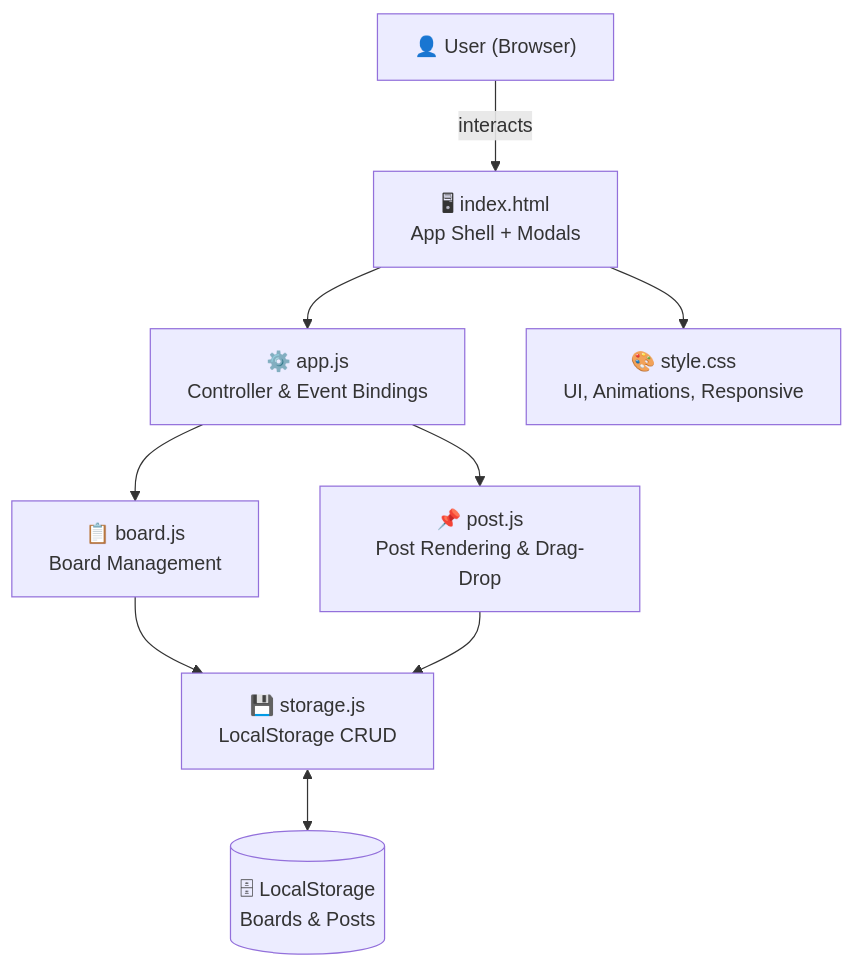
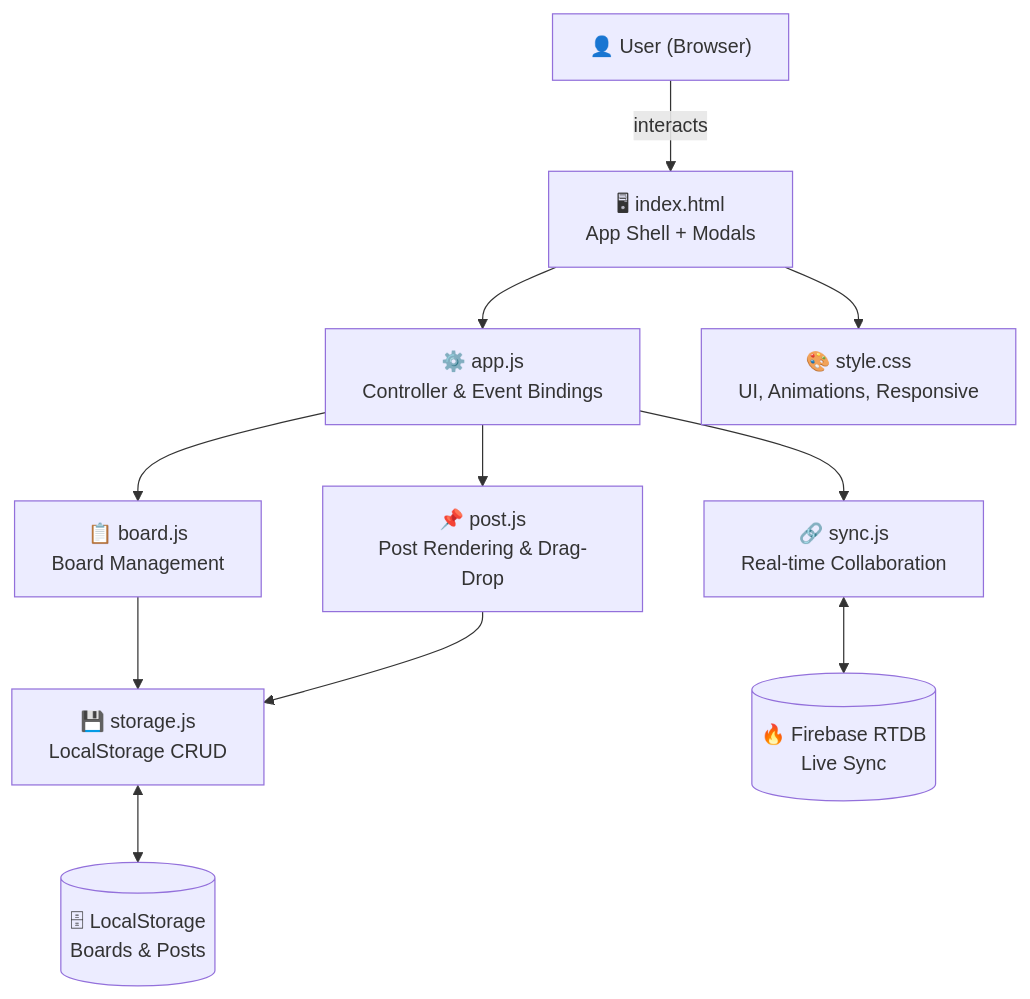
One commit to alfredang/pinboard changed the diagram in README.md. Above: the diagram before and after it, drawn with Mermaid. The commit also changed other lines of this file and 11 other files, not shown here.

````diff
--- a/README.md
+++ b/README.md
@@ -75,20 +76,24 @@
 ```mermaid
 graph TB
     User["👤 User (Browser)"]
     UI["🖥 index.html<br/>App Shell + Modals"]
     App["⚙️ app.js<br/>Controller & Event Bindings"]
     Board["📋 board.js<br/>Board Management"]
     Post["📌 post.js<br/>Post Rendering & Drag-Drop"]
+    Sync["🔗 sync.js<br/>Real-time Collaboration"]
     Store["💾 storage.js<br/>LocalStorage CRUD"]
     CSS["🎨 style.css<br/>UI, Animations, Responsive"]
     LS[("🗄 LocalStorage<br/>Boards & Posts")]
+    FB[("🔥 Firebase RTDB<br/>Live Sync")]
 
     User -->|"interacts"| UI
     UI --> App
     App --> Board
     App --> Post
+    App --> Sync
     Board --> Store
     Post --> Store
     Store <--> LS
+    Sync <--> FB
     UI --> CSS
 ```
````
